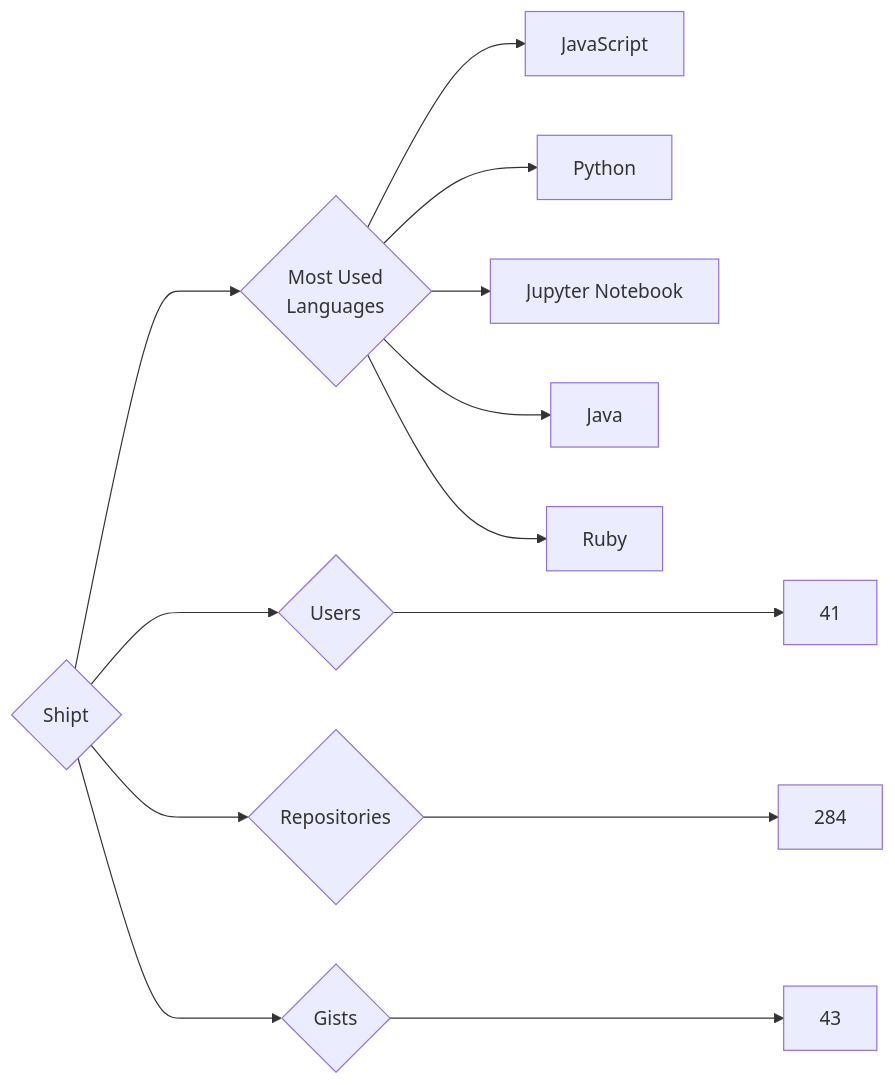
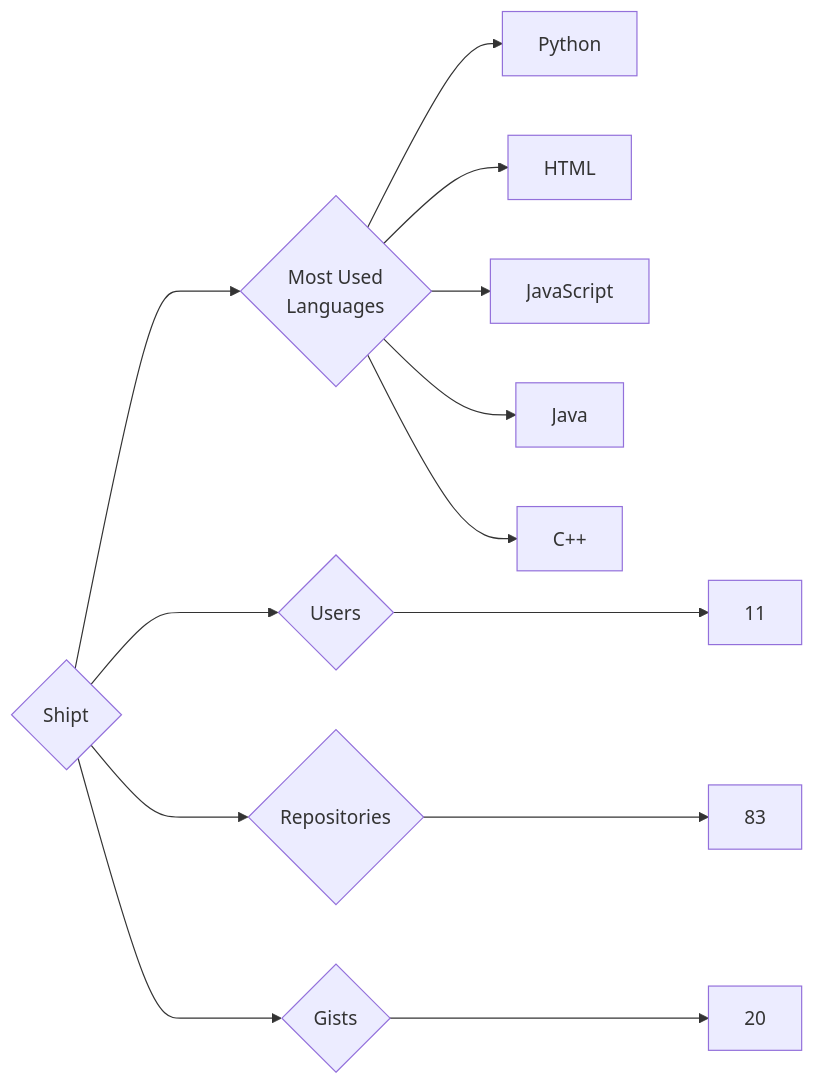
The diagram in targets/Shipt/README.md (trickest/insiders), drawn with Mermaid before and after one commit. The commit also changed 912 other files, not shown here.

````diff
--- a/targets/Shipt/README.md
+++ b/targets/Shipt/README.md
@@ -3,13 +3,13 @@
 ```mermaid
 graph LR
 COMPANY_NAME{Shipt}
-COMPANY_NAME ---> U{Users} ---> UN[41]
-COMPANY_NAME ---> R{Repositories} ---> RN[284]
-COMPANY_NAME ---> G{Gists} ---> GN[43]
+COMPANY_NAME ---> U{Users} ---> UN[11]
+COMPANY_NAME ---> R{Repositories} ---> RN[83]
+COMPANY_NAME ---> G{Gists} ---> GN[20]
 COMPANY_NAME ---> ML{Most Used<br>Languages}
+ML --> Python[Python]
+ML --> HTML[HTML]
 ML --> JavaScript[JavaScript]
-ML --> Python[Python]
-ML --> Jupyter_Notebook[Jupyter Notebook]
 ML --> Java[Java]
-ML --> Ruby[Ruby]
+ML --> C++[C++]
 ```
````
